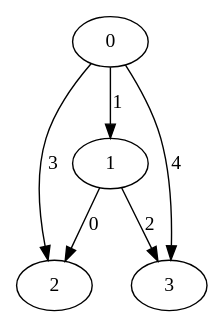
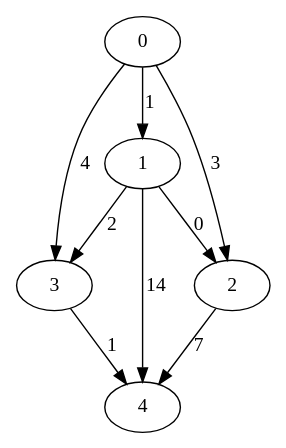
The diagram in algorithm_visualizer/src/save/tmp/dicgraph.dot (Les-Alchimistes-Labs/AlgorithmVisualizer), drawn with Graphviz before and after one commit. The commit also changed 21 other files, not shown here.

```diff
--- a/algorithm_visualizer/src/save/tmp/dicgraph.dot
+++ b/algorithm_visualizer/src/save/tmp/dicgraph.dot
@@ -1,11 +1,15 @@
-digraph dicgraph { // 4
+digraph dicgraph { // 5
 n0->n1 [label = 1] // 0 1 1
 n0->n2 [label = 3] // 0 2 3
 n0->n3 [label = 4] // 0 3 4
 n1->n2 [label = 0] // 1 2 0
 n1->n3 [label = 2] // 1 3 2
+n1->n4 [label = 14] // 1 4 14
+n2->n4 [label = 7] // 2 4 7
+n3->n4 [label = 1] // 3 4 1
 n0 [label="0"]
 n1 [label="1"]
 n2 [label="2"]
 n3 [label="3"]
+n4 [label="4"]
 }
```
